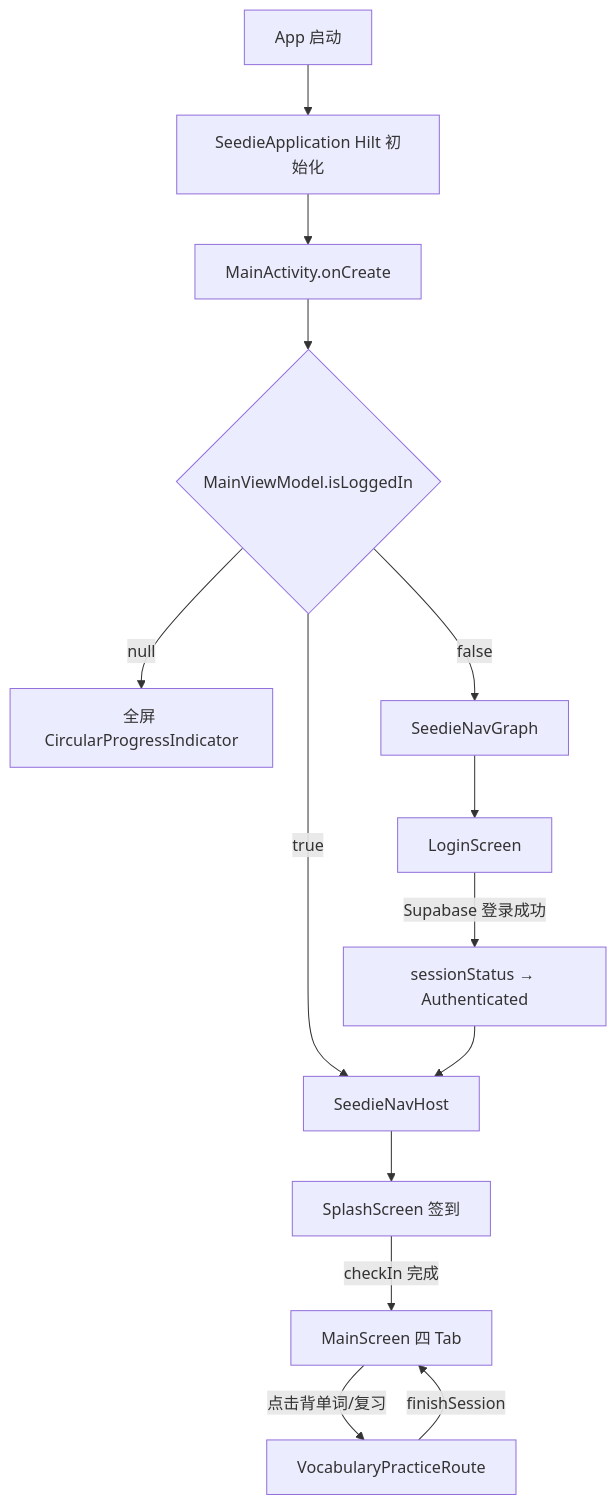
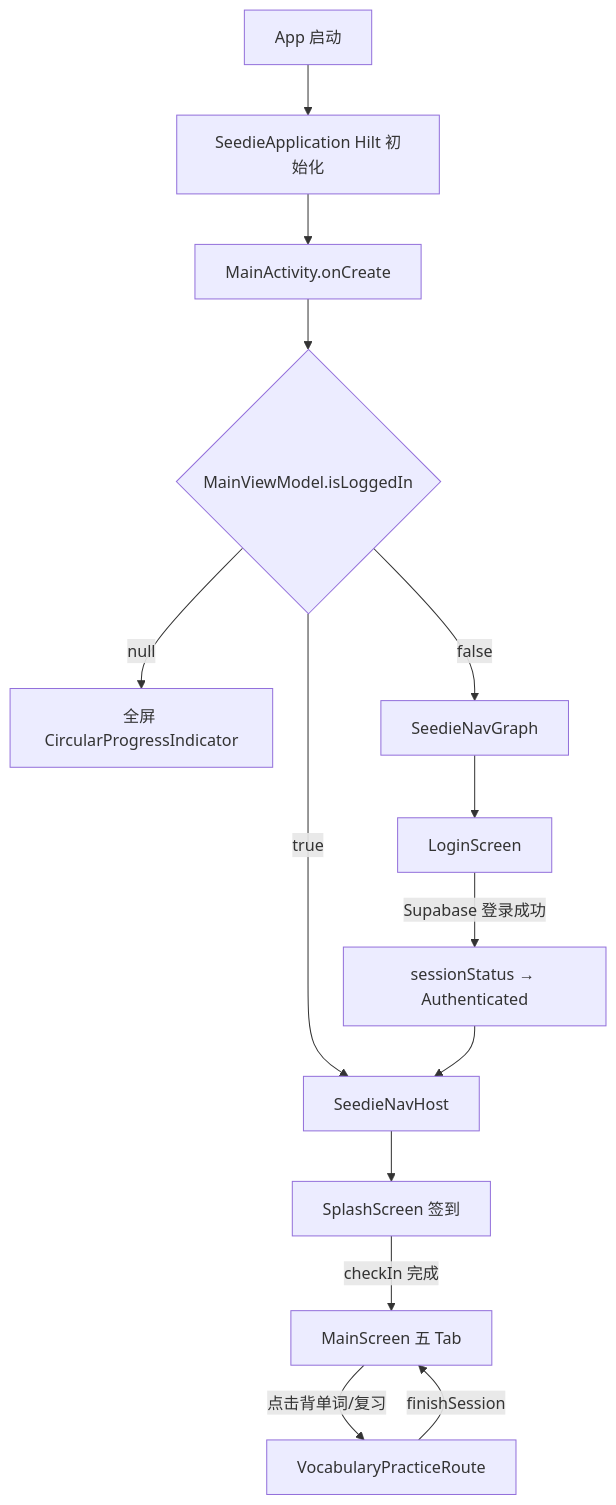
Before and after one commit to DawnTilDusk/EnglishApp: the second of 5 diagrams in docs/2026-06-28/project_overview.md, drawn with Mermaid. The commit also changed other lines of this file and 36 other files, not shown here.

````diff
--- a/docs/2026-06-28/project_overview.md
+++ b/docs/2026-06-28/project_overview.md
@@ -261,19 +262,19 @@
 ```mermaid
 flowchart TD
     Start[App 启动] --> HiltInit[SeedieApplication Hilt 初始化]
     HiltInit --> MA[MainActivity.onCreate]
     MA --> CheckAuth{MainViewModel.isLoggedIn}
 
     CheckAuth -->|null| Loading[全屏 CircularProgressIndicator]
     CheckAuth -->|false| AuthGraph[SeedieNavGraph]
     CheckAuth -->|true| MainGraph[SeedieNavHost]
 
     AuthGraph --> Login[LoginScreen]
     Login -->|Supabase 登录成功| SessionChange[sessionStatus → Authenticated]
     SessionChange --> MainGraph
 
     MainGraph --> Splash[SplashScreen 签到]
-    Splash -->|checkIn 完成| Main[MainScreen 四 Tab]
+    Splash -->|checkIn 完成| Main[MainScreen 五 Tab]
     Main -->|点击背单词/复习| Vocab[VocabularyPracticeRoute]
     Vocab -->|finishSession| Main
 ```
````
